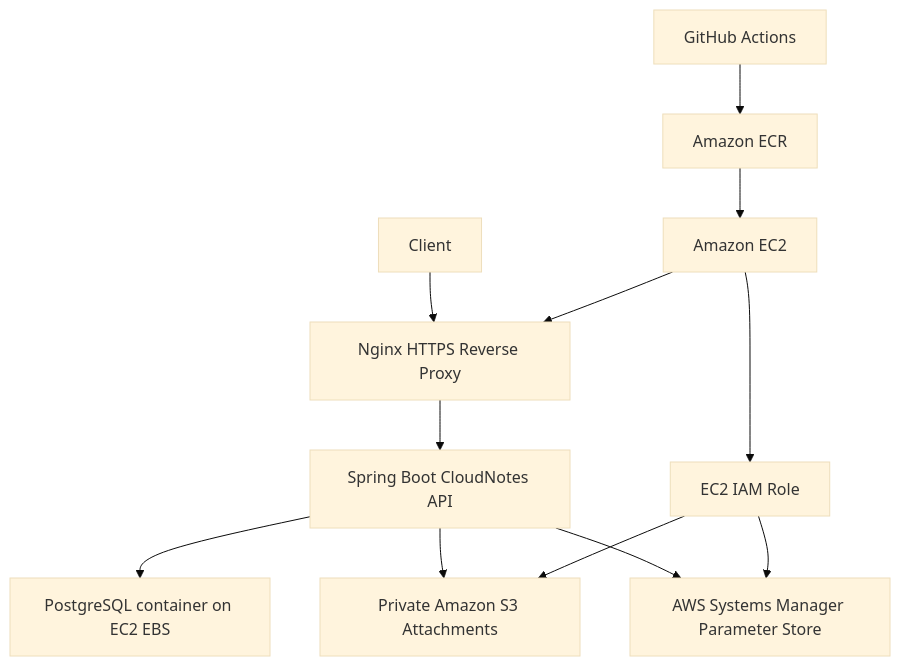
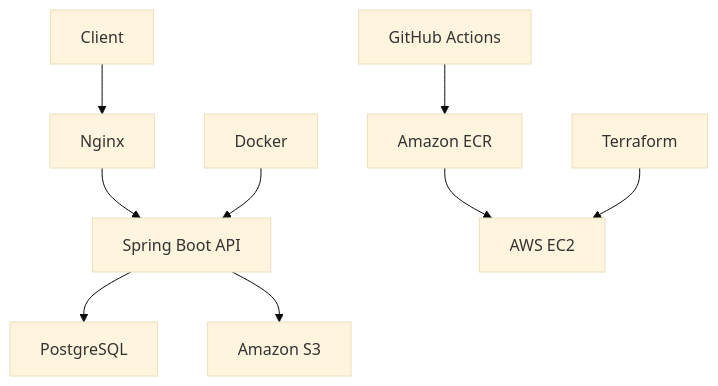
The diagram in README.md (syzackerman/cloudnotes), drawn with Mermaid (base theme) before and after one commit. The commit also changed other lines of this file, not shown here.

````diff
--- a/README.md
+++ b/README.md
@@ -13,16 +18,11 @@
 ```mermaid
-flowchart TD
-    Client["Client"] --> Nginx["Nginx HTTPS Reverse Proxy"]
-    Nginx --> Spring["Spring Boot CloudNotes API"]
-    Spring --> PostgreSQL["PostgreSQL container on EC2 EBS"]
-    Spring --> S3["Private Amazon S3 Attachments"]
-
-    GHA["GitHub Actions"] --> ECR["Amazon ECR"]
-    ECR --> EC2["Amazon EC2"]
-    EC2 --> Nginx
-
-    Spring --> SSM["AWS Systems Manager Parameter Store"]
-    EC2 --> IAM["EC2 IAM Role"]
-    IAM --> S3
-    IAM --> SSM
+graph TD
+    Client["Client"] --> Nginx["Nginx"]
+    Nginx --> SpringBoot["Spring Boot API"]
+    SpringBoot --> PostgreSQL["PostgreSQL"]
+    SpringBoot --> S3["Amazon S3"]
+    GitHubActions["GitHub Actions"] --> ECR["Amazon ECR"]
+    ECR --> AWS["AWS EC2"]
+    Terraform["Terraform"] --> AWS
+    Docker["Docker"] --> SpringBoot
 ```
````
